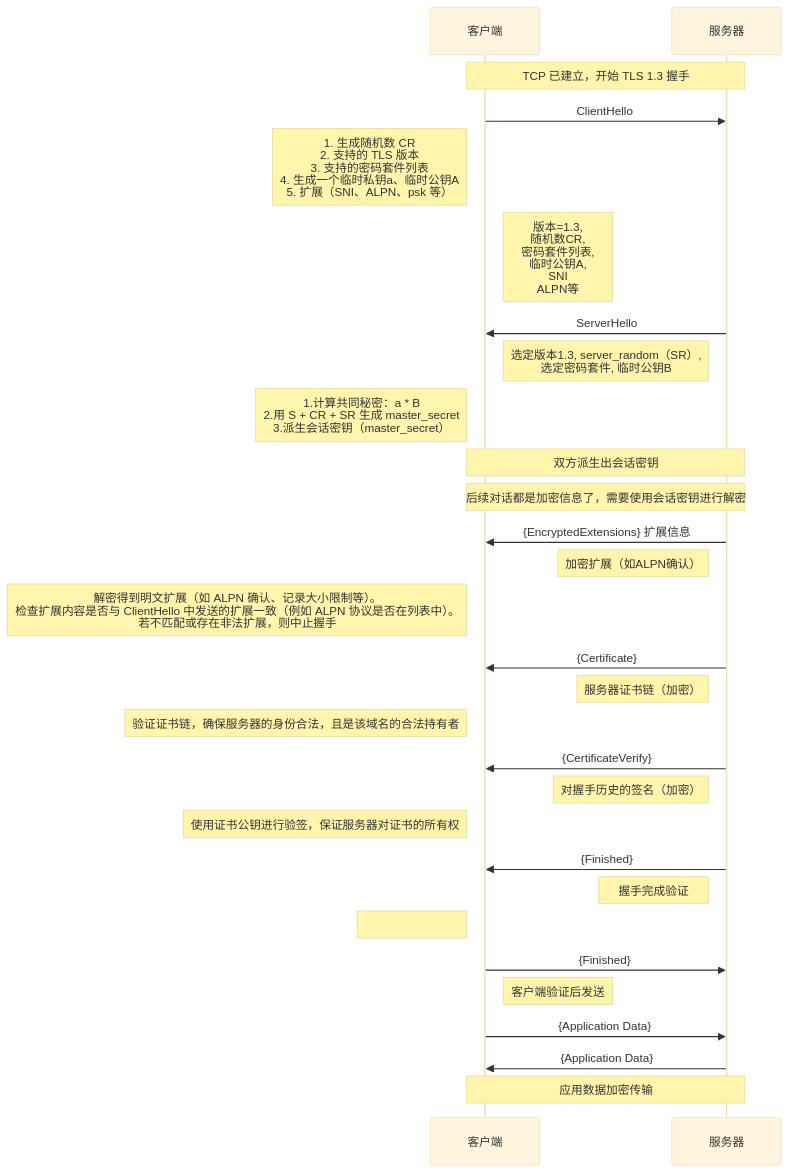
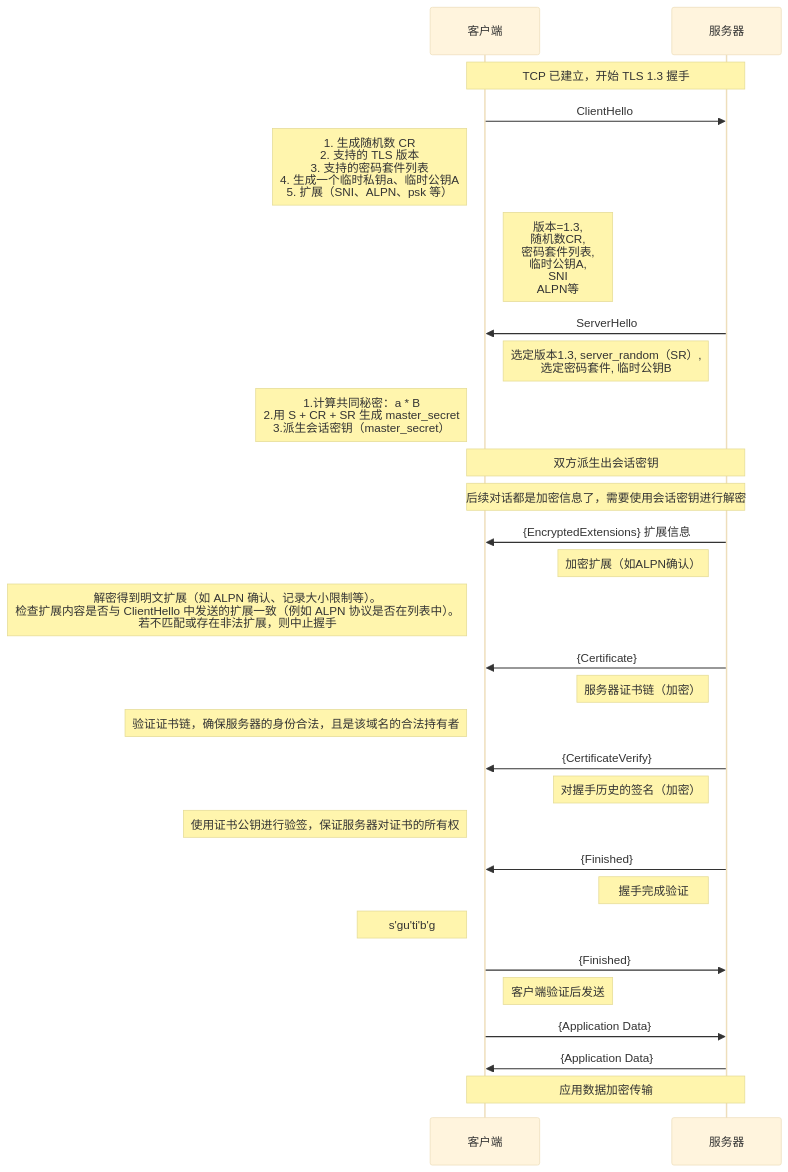
One commit to HY-10-8/iodraw-files changed the diagram in all/TLS-1.3-通用.md. Above: the diagram before and after it, drawn with Mermaid (base theme).

Commit message:
2026-03-30 18:58:12 update

````diff
--- a/all/TLS-1.3-通用.md
+++ b/all/TLS-1.3-通用.md
@@ -1,41 +1,41 @@
 ```mermaid
 sequenceDiagram
     participant C as 客户端
     participant S as 服务器
 
     Note over C,S: TCP 已建立，开始 TLS 1.3 握手
 
     C->>S: ClientHello
     Note left of C: 1. 生成随机数 CR<br/> 2. 支持的 TLS 版本<br/> 3. 支持的密码套件列表<br/> 4. 生成一个临时私钥a、临时公钥A<br/> 5. 扩展（SNI、ALPN、psk 等）
     Note right of C: 版本=1.3,<br/> 随机数CR,<br/> 密码套件列表,<br/> 临时公钥A,<br/> SNI<br/> ALPN等
 
     S->>C: ServerHello
     Note left of S: 选定版本1.3, server_random（SR）,<br/> 选定密码套件, 临时公钥B
     Note left of C: 1.计算共同秘密：a * B<br/> 2.用 S + CR + SR 生成 master_secret<br/> 3.派生会话密钥（master_secret）
 
     Note over C,S: 双方派生出会话密钥
     Note over C,S: 后续对话都是加密信息了，需要使用会话密钥进行解密
 
     S->>C: {EncryptedExtensions} 扩展信息
     Note left of S: 加密扩展（如ALPN确认）
     Note left of C: 解密得到明文扩展（如 ALPN 确认、记录大小限制等）。<br/>检查扩展内容是否与 ClientHello 中发送的扩展一致（例如 ALPN 协议是否在列表中）。<br/> 若不匹配或存在非法扩展，则中止握手
 
     S->>C: {Certificate}
     Note left of S: 服务器证书链（加密）
     Note left of C: 验证证书链，确保服务器的身份合法，且是该域名的合法持有者
 
     S->>C: {CertificateVerify}
     Note left of S: 对握手历史的签名（加密）
     Note left of C: 使用证书公钥进行验签，保证服务器对证书的所有权
 
     S->>C: {Finished}
     Note left of S: 握手完成验证
-    Note left of C: 
+    Note left of C: s'gu'ti'b'g
 
     C->>S: {Finished}
     Note right of C: 客户端验证后发送
 
     C->>S: {Application Data}
     S->>C: {Application Data}
     Note over C,S: 应用数据加密传输
 ```
````
